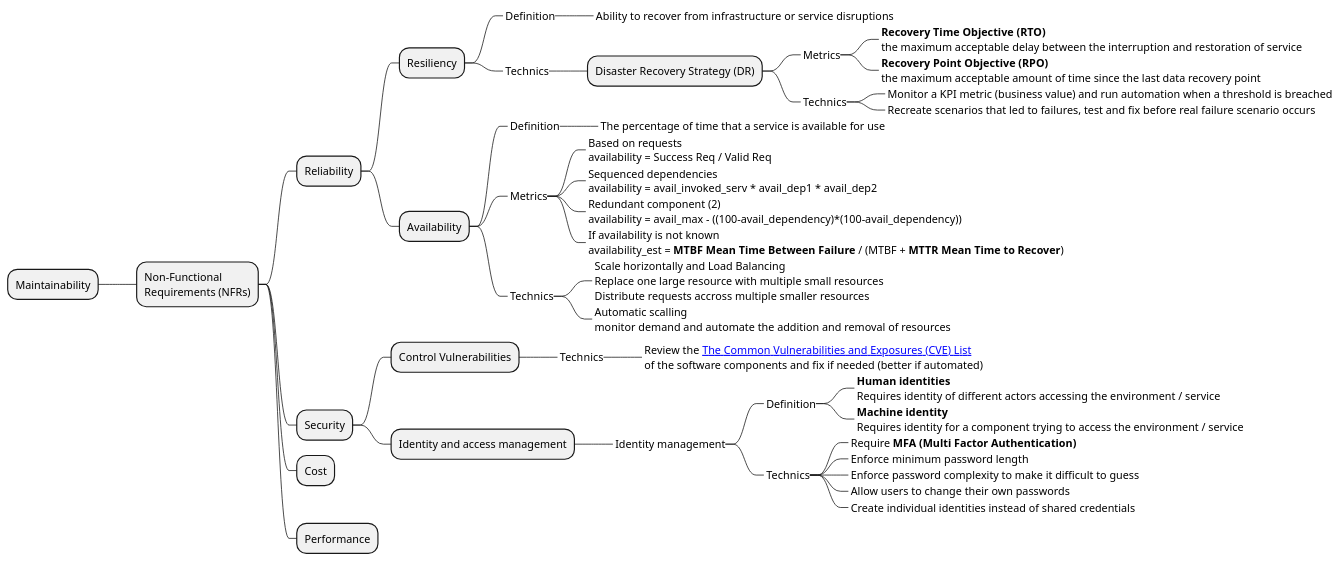
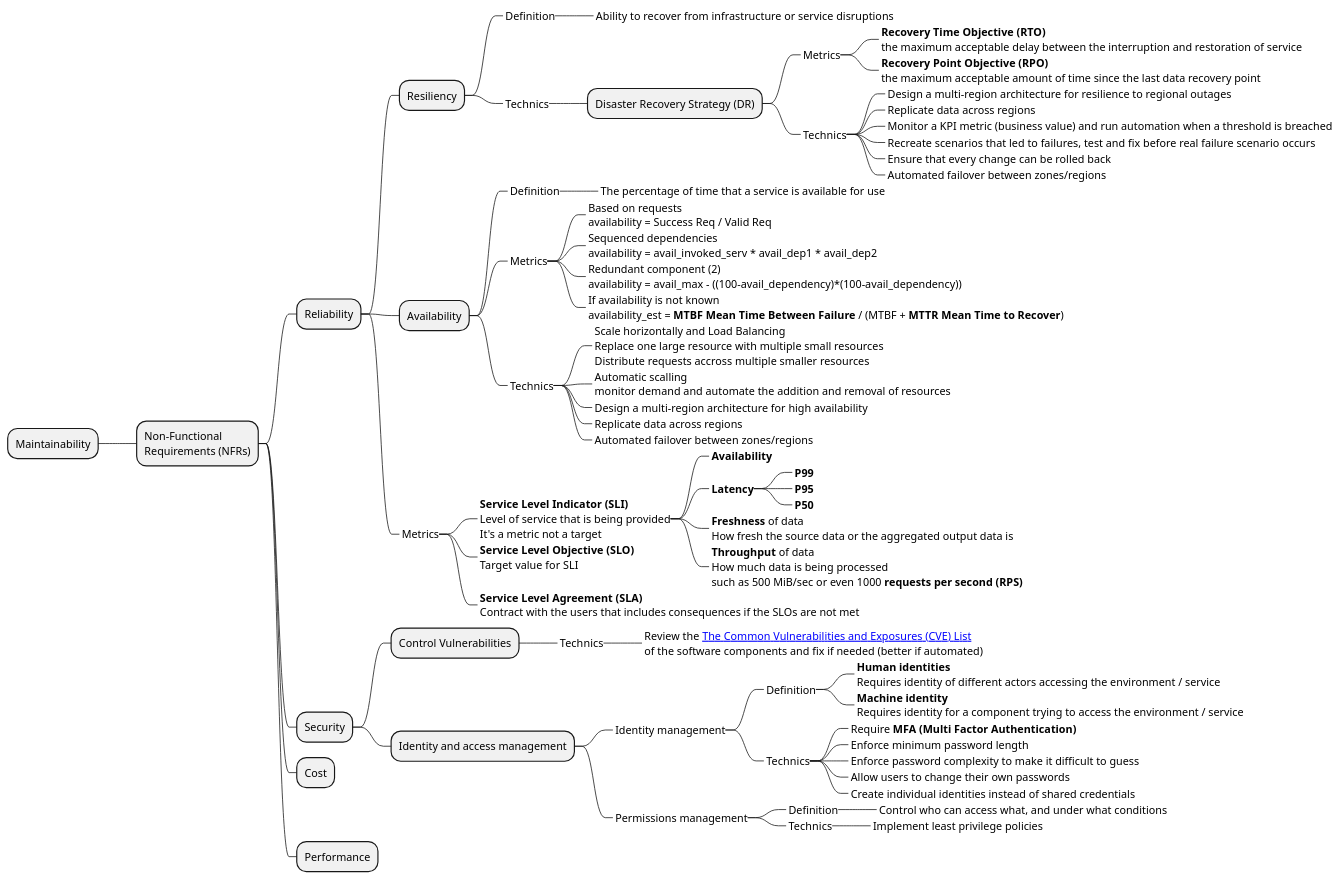
Before and after one commit to anaselhajjaji/non-functional-requirements-map: the diagram in non-functional-requirements-map.pu, drawn with PlantUML.

Commit message:
adds more data to the diagram

```diff
--- a/non-functional-requirements-map.pu
+++ b/non-functional-requirements-map.pu
@@ -1,50 +1,74 @@
 @startmindmap "Non-Functional Requirements Map"
 
 + Non-Functional\nRequirements (NFRs)
 
 ++ Reliability
 +++ Resiliency
 ++++_ Definition
 +++++_ Ability to recover from infrastructure or service disruptions
 ++++_ Technics
 +++++ Disaster Recovery Strategy (DR)
 ++++++_ Metrics
 +++++++_ **Recovery Time Objective (RTO)**\nthe maximum acceptable delay between the interruption and restoration of service
 +++++++_ **Recovery Point Objective (RPO)**\nthe maximum acceptable amount of time since the last data recovery point
 ++++++_ Technics
++++++++_ Design a multi-region architecture for resilience to regional outages
++++++++_ Replicate data across regions
 +++++++_ Monitor a KPI metric (business value) and run automation when a threshold is breached
 +++++++_ Recreate scenarios that led to failures, test and fix before real failure scenario occurs
++++++++_ Ensure that every change can be rolled back
++++++++_ Automated failover between zones/regions
 +++ Availability
 ++++_ Definition
 +++++_ The percentage of time that a service is available for use
 ++++_ Metrics
 +++++_ Based on requests\navailability = Success Req / Valid Req
 +++++_ Sequenced dependencies\navailability = avail_invoked_serv * avail_dep1 * avail_dep2
 +++++_ Redundant component (2)\navailability = avail_max - ((100-avail_dependency)*(100-avail_dependency))
 +++++_ If availability is not known\navailability_est = **MTBF Mean Time Between Failure** / (MTBF + **MTTR Mean Time to Recover**)
 ++++_ Technics
 +++++_ Scale horizontally and Load Balancing\nReplace one large resource with multiple small resources\nDistribute requests accross multiple smaller resources
 +++++_ Automatic scalling\nmonitor demand and automate the addition and removal of resources
++++++_ Design a multi-region architecture for high availability
++++++_ Replicate data across regions
++++++_ Automated failover between zones/regions
+
++++_ Metrics
+++++_ **Service Level Indicator (SLI)**\nLevel of service that is being provided\nIt's a metric not a target
++++++_ **Availability**
++++++_ **Latency**
+++++++_ **P99**
+++++++_ **P95**
+++++++_ **P50**
++++++_ **Freshness** of data\nHow fresh the source data or the aggregated output data is
++++++_ **Throughput** of data\nHow much data is being processed\nsuch as 500 MiB/sec or even 1000 **requests per second (RPS)**
+++++_ **Service Level Objective (SLO)**\nTarget value for SLI
+++++_ **Service Level Agreement (SLA)**\nContract with the users that includes consequences if the SLOs are not met
 
 ++ Security
 +++ Control Vulnerabilities
 ++++_ Technics
 +++++_ Review the [[https://cve.mitre.org/ The Common Vulnerabilities and Exposures (CVE) List]]\nof the software components and fix if needed (better if automated)
 +++ Identity and access management
 ++++_ Identity management
 +++++_ Definition
 ++++++_ **Human identities**\nRequires identity of different actors accessing the environment / service
 ++++++_ **Machine identity**\nRequires identity for a component trying to access the environment / service
 +++++_ Technics
 ++++++_ Require **MFA (Multi Factor Authentication)**
 ++++++_ Enforce minimum password length
 ++++++_ Enforce password complexity to make it difficult to guess
 ++++++_ Allow users to change their own passwords
 ++++++_ Create individual identities instead of shared credentials
+++++_ Permissions management
++++++_ Definition
+++++++_ Control who can access what, and under what conditions
++++++_ Technics
+++++++_ Implement least privilege policies
 
 ++ Cost
 ++ Performance
 
 -- Maintainability
 
 @endmindmap
```
